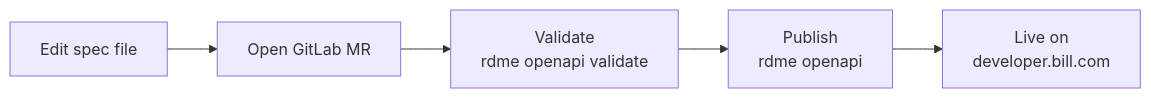
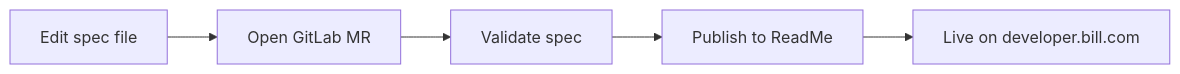
The diagram in src/content/docs/case-studies/bill/openapi-spec.mdx (127chetan/127chetan.github.io), drawn with Mermaid before and after one commit. The commit also changed 1 other file, not shown here.

Commit message:
Simplify Mermaid node labels to single lines

````diff
--- a/src/content/docs/case-studies/bill/openapi-spec.mdx
+++ b/src/content/docs/case-studies/bill/openapi-spec.mdx
@@ -67,7 +67,7 @@
 ```mermaid
 flowchart LR
     A[Edit spec file] --> B[Open GitLab MR]
-    B --> C["Validate<br/>rdme openapi validate"]
-    C --> D["Publish<br/>rdme openapi"]
-    D --> E["Live on<br/>developer.bill.com"]
+    B --> C[Validate spec]
+    C --> D[Publish to ReadMe]
+    D --> E[Live on developer.bill.com]
 ```
````
